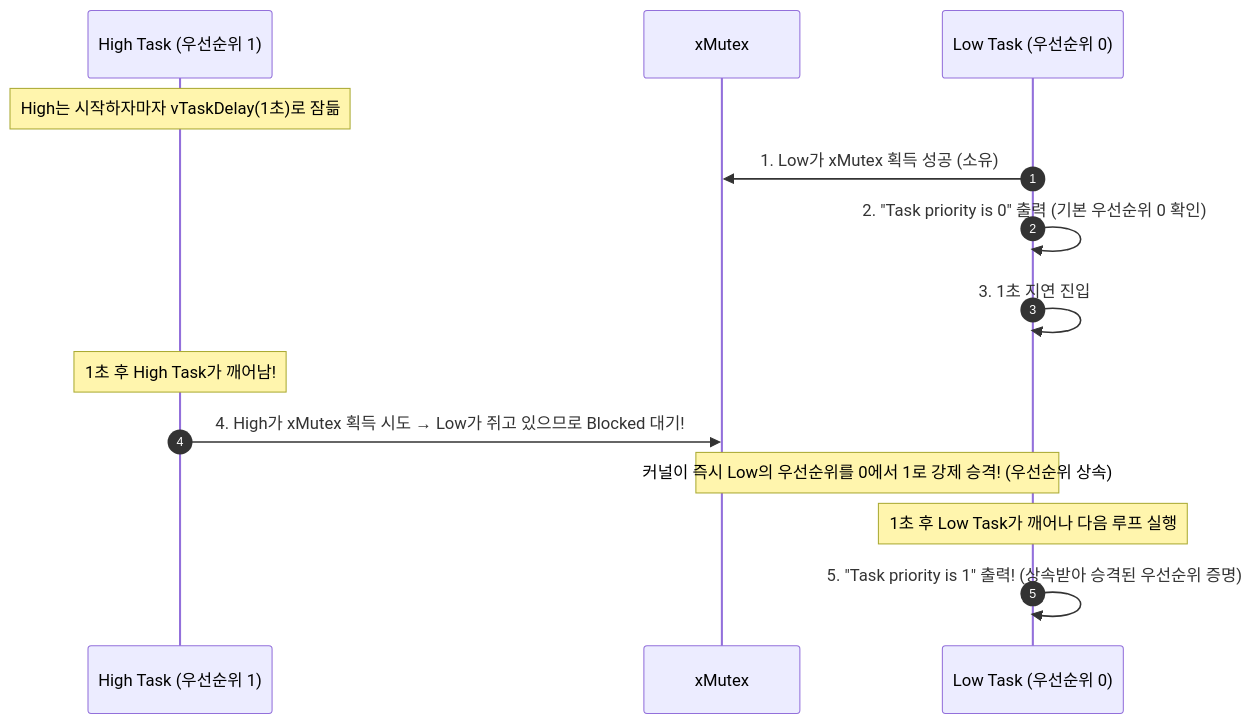
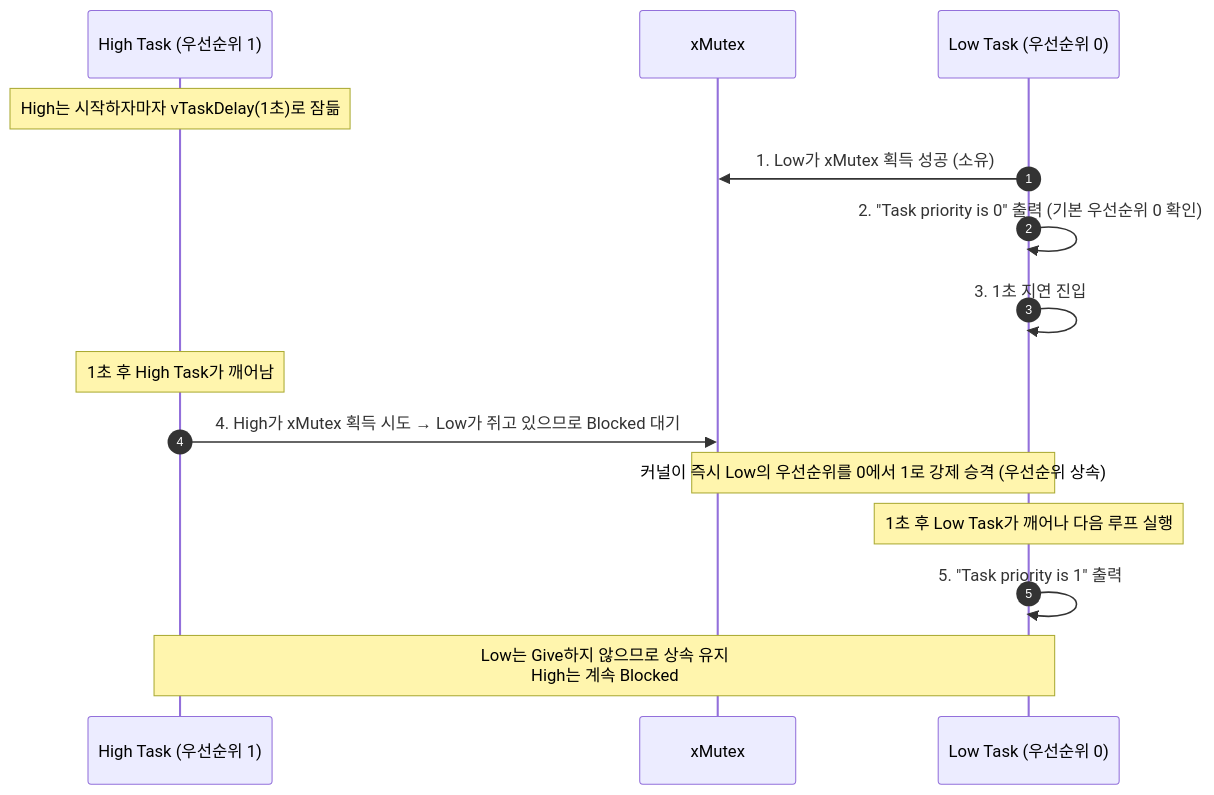
The second of 2 diagrams in ko/guides/tutorial_14.md (yunju-baek/FreeRTOS-Tutorials-ko), drawn with Mermaid before and after one commit. The commit also changed other lines of this file and 37 other files, not shown here.

````diff
--- a/ko/guides/tutorial_14.md
+++ b/ko/guides/tutorial_14.md
@@ -68,19 +70,20 @@
 ```mermaid
 sequenceDiagram
     autonumber
     participant High as High Task (우선순위 1)
     participant Mutex as xMutex
     participant Low as Low Task (우선순위 0)
 
     Note over High: High는 시작하자마자 vTaskDelay(1초)로 잠듦
     Low->>Mutex: 1. Low가 xMutex 획득 성공 (소유)
     Low->>Low: 2. "Task priority is 0" 출력 (기본 우선순위 0 확인)
     Low->>Low: 3. 1초 지연 진입
-    
-    Note over High: 1초 후 High Task가 깨어남!
-    High->>Mutex: 4. High가 xMutex 획득 시도 → Low가 쥐고 있으므로 Blocked 대기!
-    Note over Mutex,Low: 커널이 즉시 Low의 우선순위를 0에서 1로 강제 승격! (우선순위 상속)
-    
+
+    Note over High: 1초 후 High Task가 깨어남
+    High->>Mutex: 4. High가 xMutex 획득 시도 → Low가 쥐고 있으므로 Blocked 대기
+    Note over Mutex,Low: 커널이 즉시 Low의 우선순위를 0에서 1로 강제 승격 (우선순위 상속)
+
     Note over Low: 1초 후 Low Task가 깨어나 다음 루프 실행
-    Low->>Low: 5. "Task priority is 1" 출력! (상속받아 승격된 우선순위 증명)
+    Low->>Low: 5. "Task priority is 1" 출력
+    Note over Low,High: Low는 Give하지 않으므로 상속 유지<br/>High는 계속 Blocked
 ```
````
